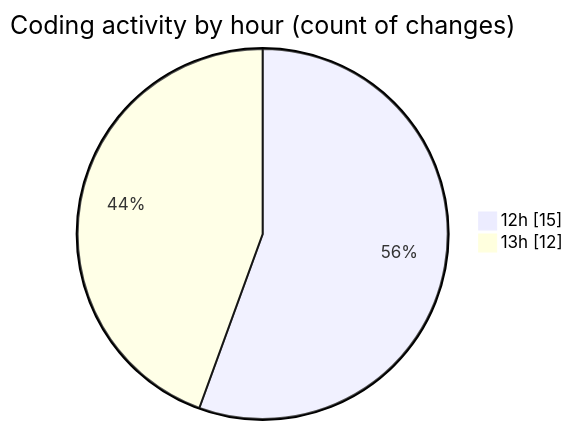
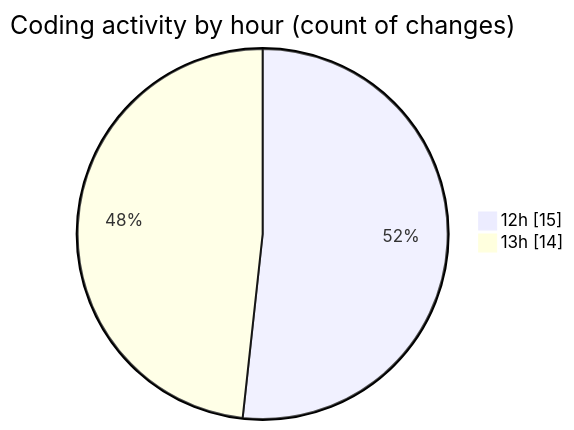
One commit to donsfak/code-tracking changed the second of 2 diagrams in 2025-03-27/wordle/README.md. Above: the diagram before and after it, drawn with Mermaid. The commit also changed other lines of this file and 1 other file, not shown here.

````diff
--- a/2025-03-27/wordle/README.md
+++ b/2025-03-27/wordle/README.md
@@ -37,6 +37,6 @@
 ```mermaid
 pie showData
 title Coding activity by hour (count of changes)
 "12h" : 15
-"13h" : 12
+"13h" : 14
 ```
````
